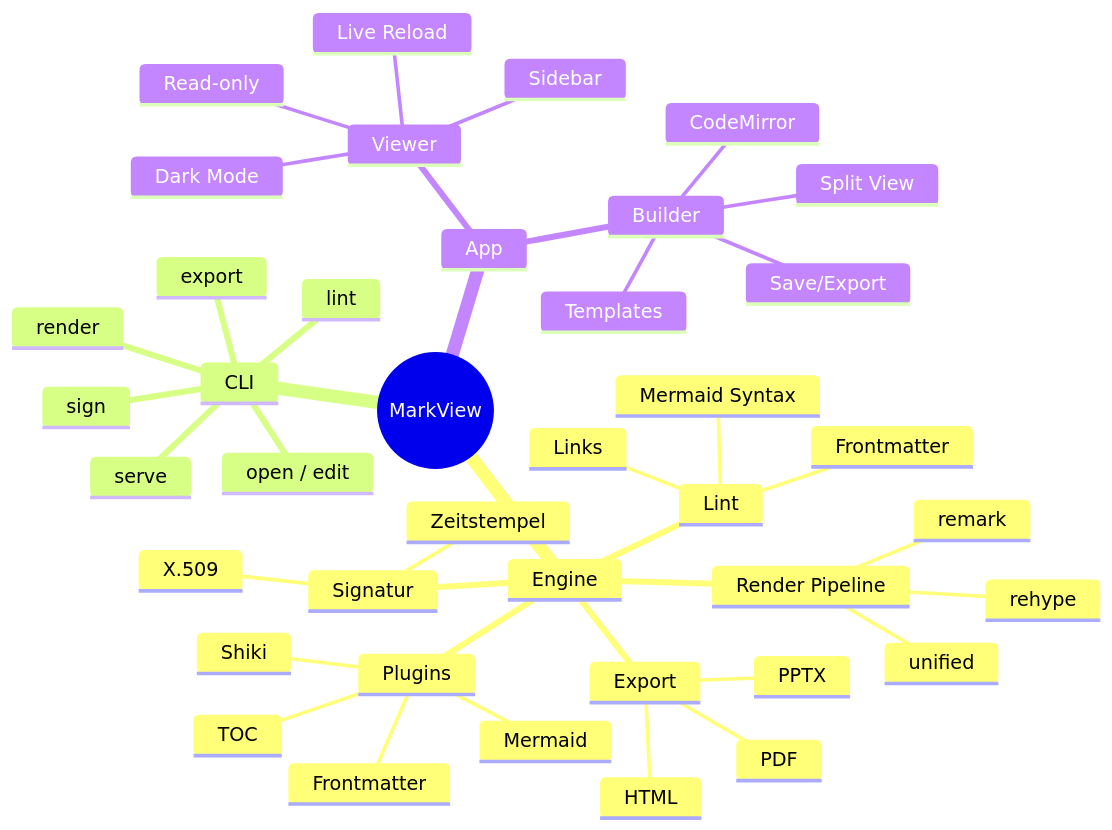
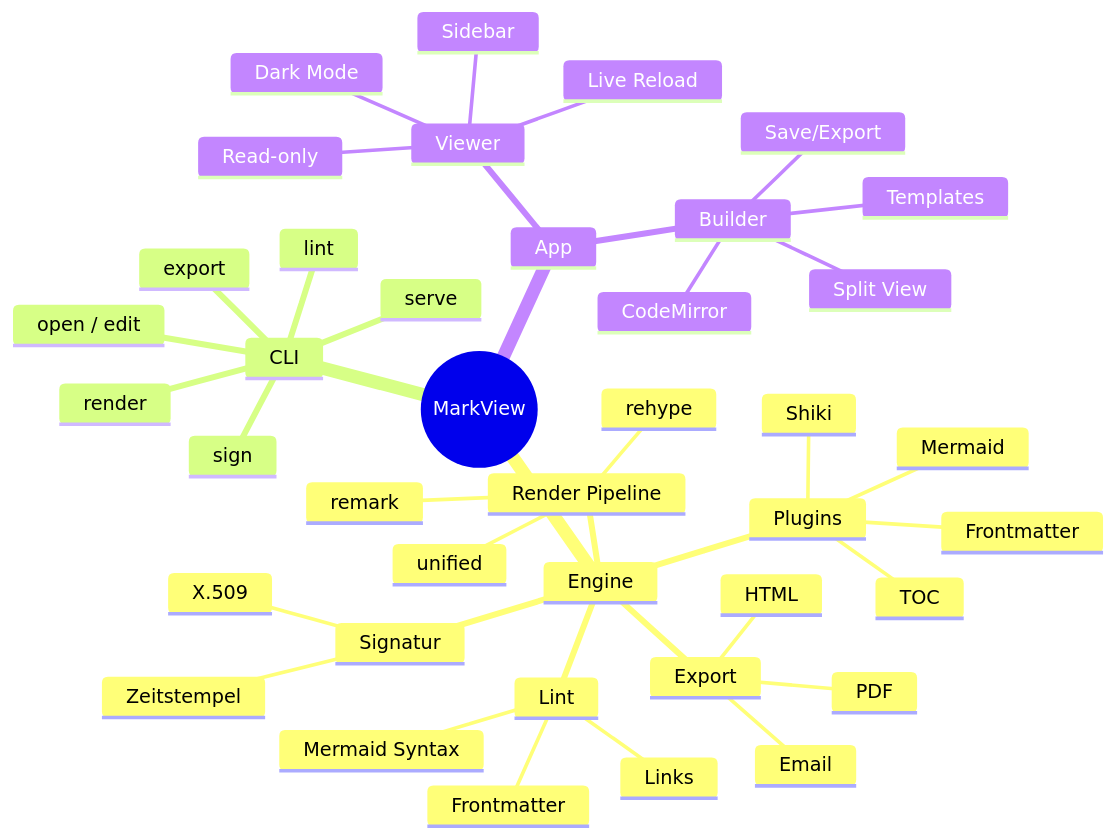
Before and after one commit to MrDewitt88/MarkView: the ninth of 10 diagrams in TEST_VIEWER.md, drawn with Mermaid. The commit also changed other lines of this file and 13 other files, not shown here.

````diff
--- a/TEST_VIEWER.md
+++ b/TEST_VIEWER.md
@@ -833,43 +844,43 @@
 ```mermaid
 mindmap
   root((MarkView))
     Engine
       Render Pipeline
         remark
         rehype
         unified
       Plugins
         Mermaid
         Shiki
         Frontmatter
         TOC
       Export
         PDF
         HTML
-        PPTX
+        Email
       Lint
         Frontmatter
         Links
         Mermaid Syntax
       Signatur
         X.509
         Zeitstempel
     CLI
       render
       export
       serve
       lint
       sign
       open / edit
     App
       Viewer
         Read-only
         Sidebar
         Dark Mode
         Live Reload
       Builder
         CodeMirror
         Split View
         Templates
         Save/Export
 ```
````
